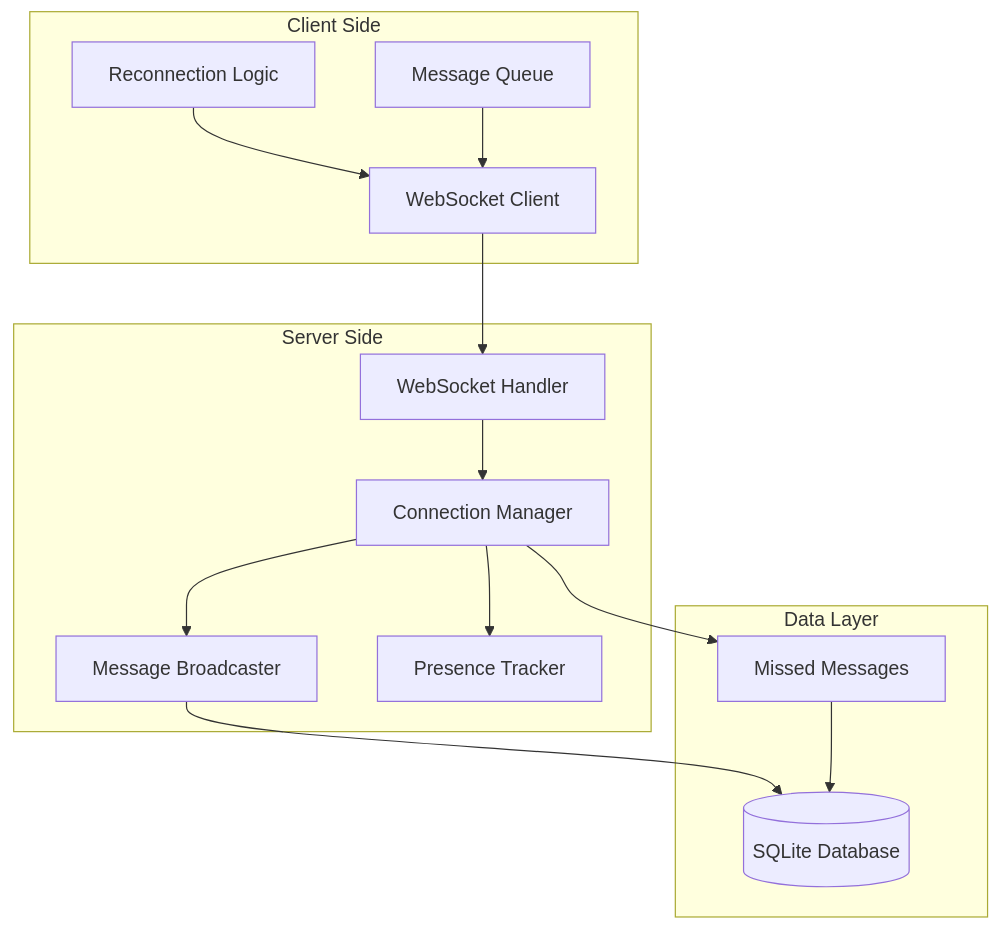
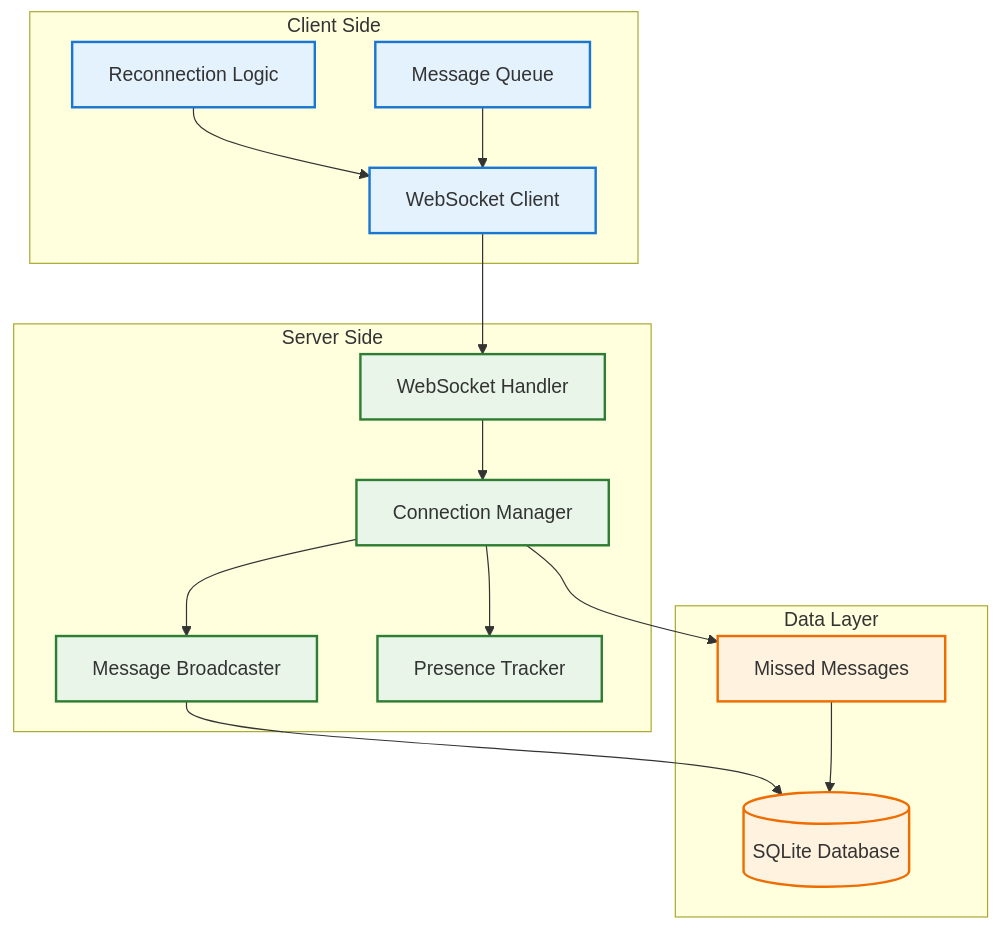
The second of 4 diagrams in docs/websocket-guide.md (that-in-rust/campfire-on-rust), drawn with Mermaid before and after one commit. The commit also changed other lines of this file and 11 other files, not shown here.

````diff
--- a/docs/websocket-guide.md
+++ b/docs/websocket-guide.md
@@ -11,33 +31,41 @@
 ```mermaid
 graph TD
     subgraph "Client Side"
         WS_CLIENT[WebSocket Client]
         RECONNECT[Reconnection Logic]
         MSG_QUEUE[Message Queue]
     end
     
     subgraph "Server Side"
         WS_HANDLER[WebSocket Handler]
         CONN_MGR[Connection Manager]
         MSG_BROADCAST[Message Broadcaster]
         PRESENCE[Presence Tracker]
     end
     
     subgraph "Data Layer"
         DB[(SQLite Database)]
         MISSED_MSG[Missed Messages]
     end
     
     WS_CLIENT --> WS_HANDLER
     WS_HANDLER --> CONN_MGR
     CONN_MGR --> MSG_BROADCAST
     CONN_MGR --> PRESENCE
     
     RECONNECT --> WS_CLIENT
     MSG_QUEUE --> WS_CLIENT
     
     MSG_BROADCAST --> DB
     MISSED_MSG --> DB
     
     CONN_MGR --> MISSED_MSG
+    
+    classDef client fill:#e3f2fd,stroke:#1976d2,stroke-width:2px
+    classDef server fill:#e8f5e8,stroke:#2e7d32,stroke-width:2px
+    classDef data fill:#fff3e0,stroke:#ef6c00,stroke-width:2px
+    
+    class WS_CLIENT,RECONNECT,MSG_QUEUE client
+    class WS_HANDLER,CONN_MGR,MSG_BROADCAST,PRESENCE server
+    class DB,MISSED_MSG data
 ```
````
